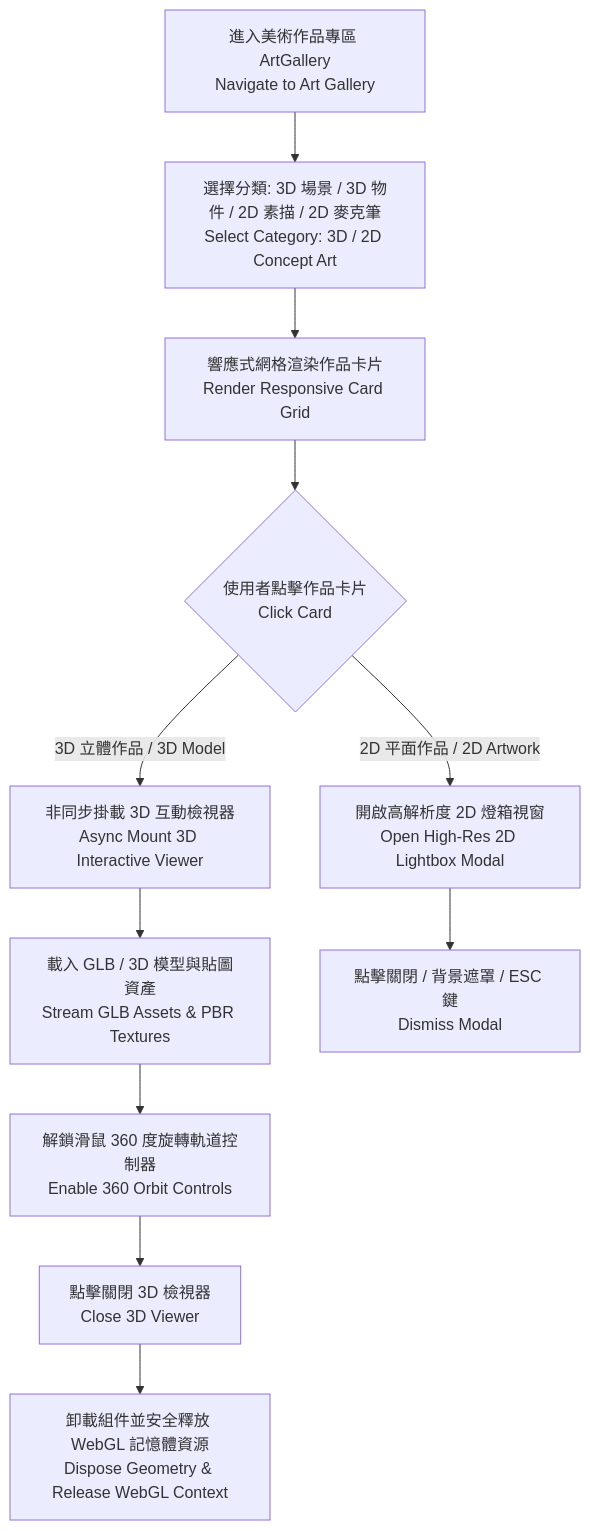
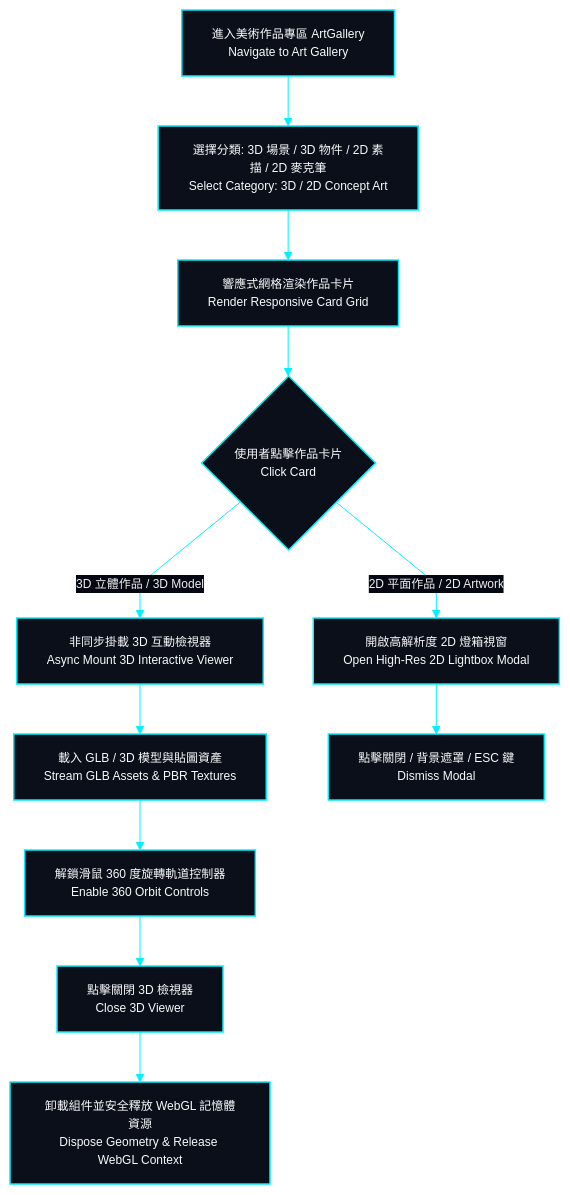
The fourth of 4 diagrams in docs/system-design/05-flowcharts.md (EricXJason/my-portfolio-website), drawn with Mermaid before and after one commit. The commit also changed other lines of this file and 11 other files, not shown here.

Commit message:
feat: harmonize architecture diagrams, formalize developer preferences, and consolidate README specifications

````diff
--- a/docs/system-design/05-flowcharts.md
+++ b/docs/system-design/05-flowcharts.md
@@ -89,16 +132,34 @@
 ```mermaid
+%%{init: {
+  'theme': 'base',
+  'themeVariables': {
+    'darkMode': true,
+    'background': '#030712',
+    'mainBkg': '#0b0f19',
+    'nodeBorder': '#00f0ff',
+    'textColor': '#f8fafc',
+    'lineColor': '#00f0ff',
+    'edgeLabelBackground': '#030712',
+    'fontSize': '12px'
+  },
+  'flowchart': {
+    'curve': 'linear'
+  }
+}}%%
 flowchart TD
-    GalleryEnter[進入美術作品專區 ArtGallery<br>Navigate to Art Gallery] --> CategorySelect[選擇分類: 3D 場景 / 3D 物件 / 2D 素描 / 2D 麥克筆<br>Select Category: 3D / 2D Concept Art]
-    CategorySelect --> RenderCards[響應式網格渲染作品卡片<br>Render Responsive Card Grid]
+    classDef hudCard fill:#0b0f19,stroke:#00f0ff,stroke-width:1.5px,color:#f8fafc;
+
+    GalleryEnter[進入美術作品專區 ArtGallery<br>Navigate to Art Gallery]:::hudCard --> CategorySelect[選擇分類: 3D 場景 / 3D 物件 / 2D 素描 / 2D 麥克筆<br>Select Category: 3D / 2D Concept Art]:::hudCard
+    CategorySelect --> RenderCards[響應式網格渲染作品卡片<br>Render Responsive Card Grid]:::hudCard
     
-    RenderCards --> CardClick{使用者點擊作品卡片<br>Click Card}
-    CardClick -- 2D 平面作品 / 2D Artwork --> Open2DModal[開啟高解析度 2D 燈箱視窗<br>Open High-Res 2D Lightbox Modal]
-    CardClick -- 3D 立體作品 / 3D Model --> Open3DViewer[非同步掛載 3D 互動檢視器<br>Async Mount 3D Interactive Viewer]
+    RenderCards --> CardClick{使用者點擊作品卡片<br>Click Card}:::hudCard
+    CardClick -->|"2D 平面作品 / 2D Artwork"| Open2DModal[開啟高解析度 2D 燈箱視窗<br>Open High-Res 2D Lightbox Modal]:::hudCard
+    CardClick -->|"3D 立體作品 / 3D Model"| Open3DViewer[非同步掛載 3D 互動檢視器<br>Async Mount 3D Interactive Viewer]:::hudCard
     
-    Open3DViewer --> LoadModel[載入 GLB / 3D 模型與貼圖資產<br>Stream GLB Assets & PBR Textures]
-    LoadModel --> OrbitControls[解鎖滑鼠 360 度旋轉軌道控制器<br>Enable 360 Orbit Controls]
+    Open3DViewer --> LoadModel[載入 GLB / 3D 模型與貼圖資產<br>Stream GLB Assets & PBR Textures]:::hudCard
+    LoadModel --> OrbitControls[解鎖滑鼠 360 度旋轉軌道控制器<br>Enable 360 Orbit Controls]:::hudCard
     
-    Open2DModal --> CloseModal[點擊關閉 / 背景遮罩 / ESC 鍵<br>Dismiss Modal]
-    OrbitControls --> Close3D[點擊關閉 3D 檢視器<br>Close 3D Viewer]
-    Close3D --> DisposeWebGL[卸載組件並安全釋放 WebGL 記憶體資源<br>Dispose Geometry & Release WebGL Context]
+    Open2DModal --> CloseModal[點擊關閉 / 背景遮罩 / ESC 鍵<br>Dismiss Modal]:::hudCard
+    OrbitControls --> Close3D[點擊關閉 3D 檢視器<br>Close 3D Viewer]:::hudCard
+    Close3D --> DisposeWebGL[卸載組件並安全釋放 WebGL 記憶體資源<br>Dispose Geometry & Release WebGL Context]:::hudCard
 ```
````
